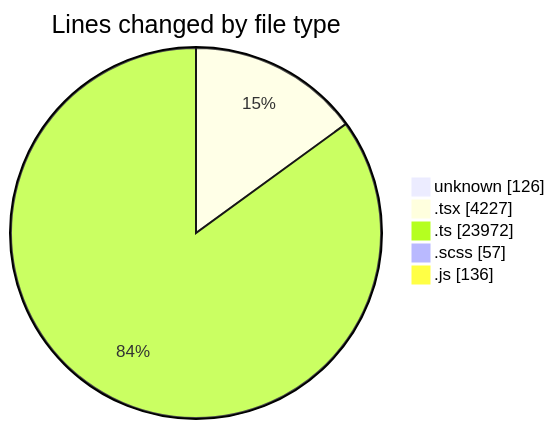
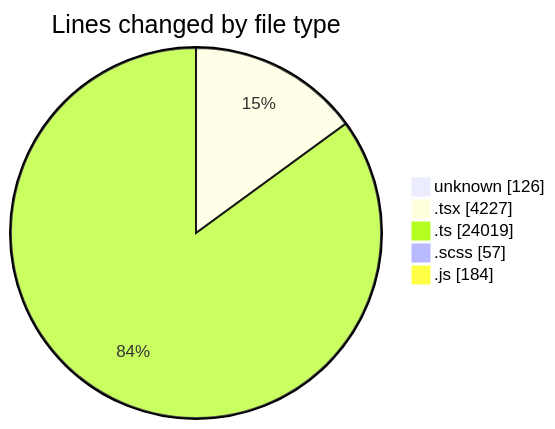
Before and after one commit to momahboobian/code-tracking: the first of 2 diagrams in 2026-09-23/cda/README.md, drawn with Mermaid. The commit also changed other lines of this file and 1 other file, not shown here.

````diff
--- a/2026-09-23/cda/README.md
+++ b/2026-09-23/cda/README.md
@@ -52,9 +54,9 @@
 ```mermaid
 pie showData
 title Lines changed by file type
 "unknown" : 126
 ".tsx" : 4227
-".ts" : 23972
+".ts" : 24019
 ".scss" : 57
-".js" : 136
+".js" : 184
 ```
````
